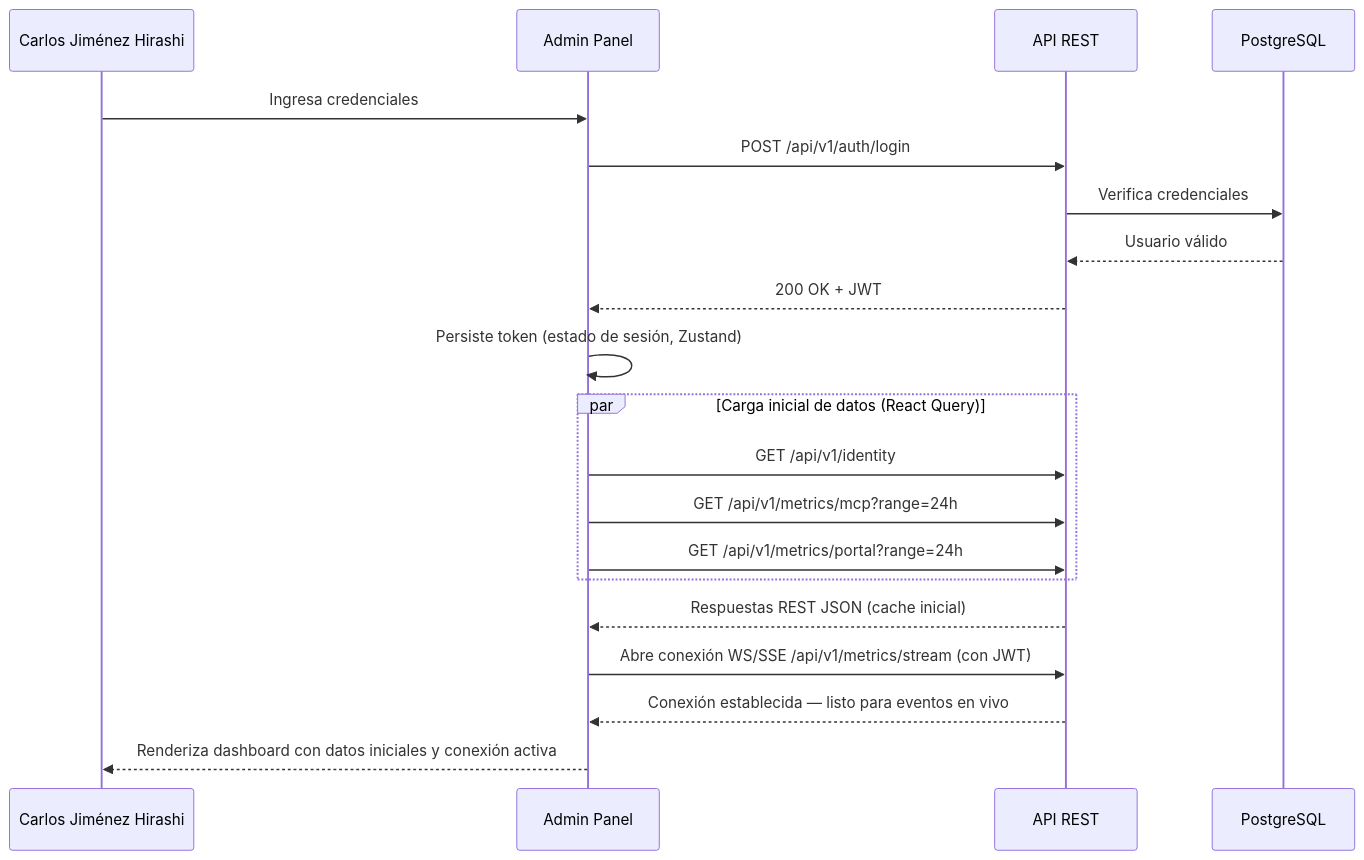
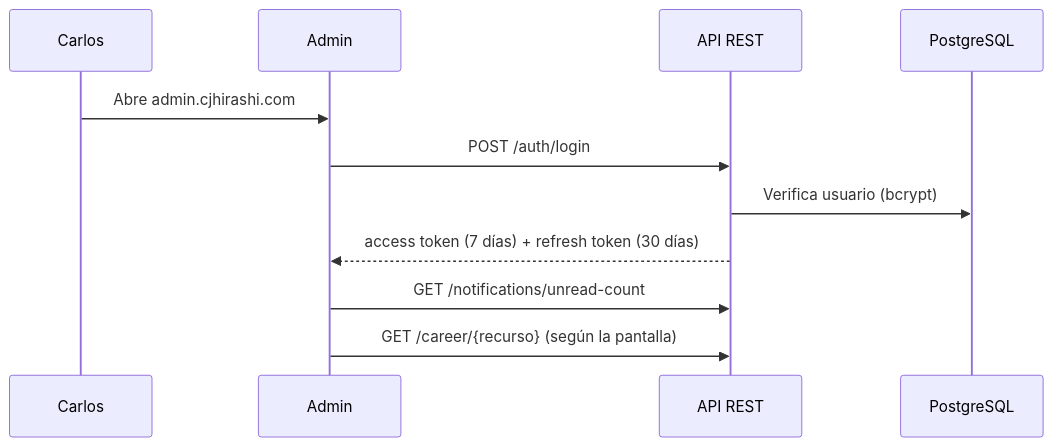
One commit to cjhirashi/cjhirashi-career changed the second of 8 diagrams in docs/06-RUNTIME-VIEW.md. Above: the diagram before and after it, drawn with Mermaid. The commit also changed other lines of this file and 28 other files, not shown here.

````diff
--- a/docs/06-RUNTIME-VIEW.md
+++ b/docs/06-RUNTIME-VIEW.md
@@ -74,25 +44,14 @@
 ```mermaid
 sequenceDiagram
-    participant CJH as Carlos Jiménez Hirashi
-    participant Admin as Admin Panel
+    participant C as Carlos
+    participant A as Admin
     participant API as API REST
     participant DB as PostgreSQL
 
-    CJH->>Admin: Ingresa credenciales
-    Admin->>API: POST /api/v1/auth/login
-    API->>DB: Verifica credenciales
-    DB-->>API: Usuario válido
-    API-->>Admin: 200 OK + JWT
-    Admin->>Admin: Persiste token (estado de sesión, Zustand)
-
-    par Carga inicial de datos (React Query)
-        Admin->>API: GET /api/v1/identity
-        Admin->>API: GET /api/v1/metrics/mcp?range=24h
-        Admin->>API: GET /api/v1/metrics/portal?range=24h
-    end
-    API-->>Admin: Respuestas REST JSON (cache inicial)
-
-    Admin->>API: Abre conexión WS/SSE /api/v1/metrics/stream (con JWT)
-    API-->>Admin: Conexión establecida — listo para eventos en vivo
-    Admin-->>CJH: Renderiza dashboard con datos iniciales y conexión activa
+    C->>A: Abre admin.cjhirashi.com
+    A->>API: POST /auth/login
+    API->>DB: Verifica usuario (bcrypt)
+    API-->>A: access token (7 días) + refresh token (30 días)
+    A->>API: GET /notifications/unread-count
+    A->>API: GET /career/{recurso} (según la pantalla)
 ```
````
